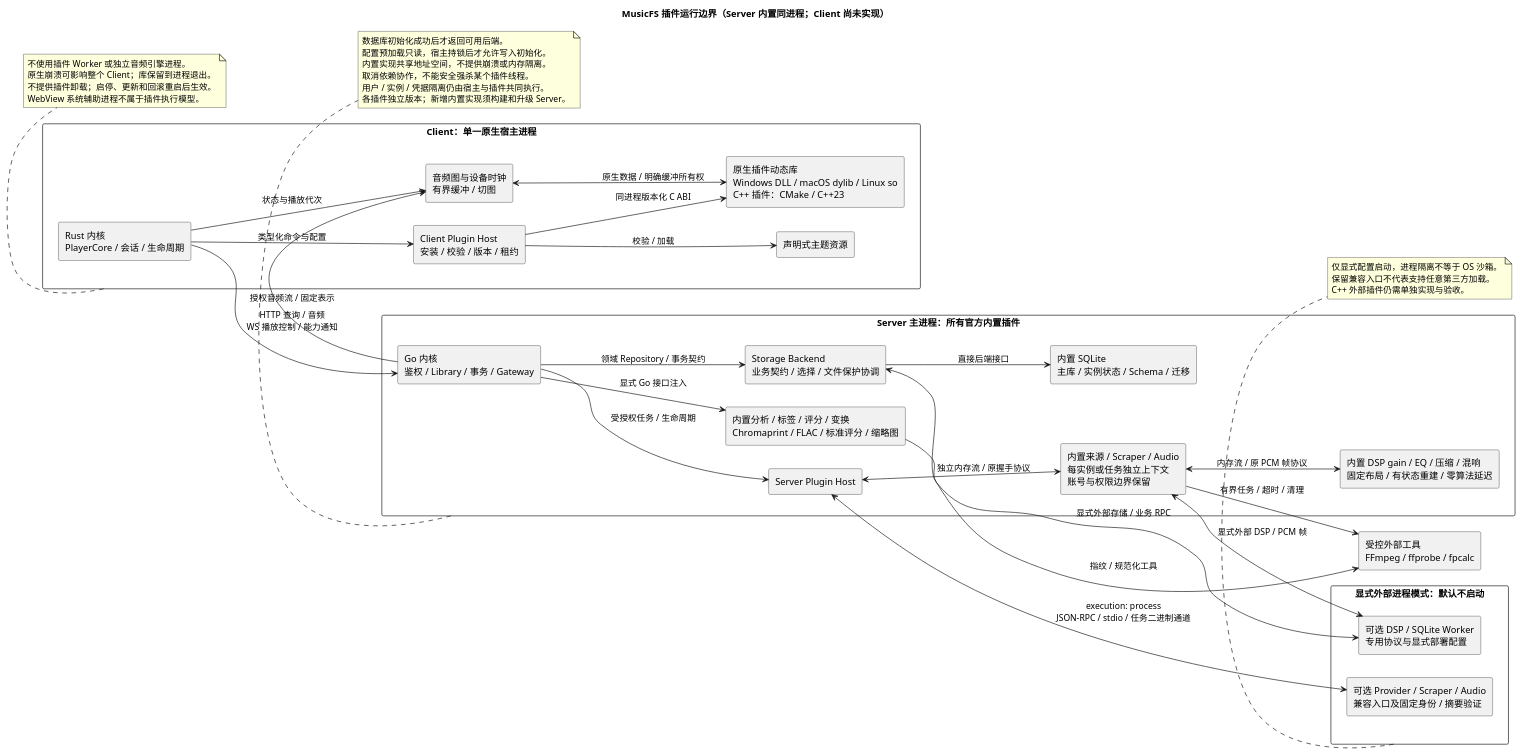
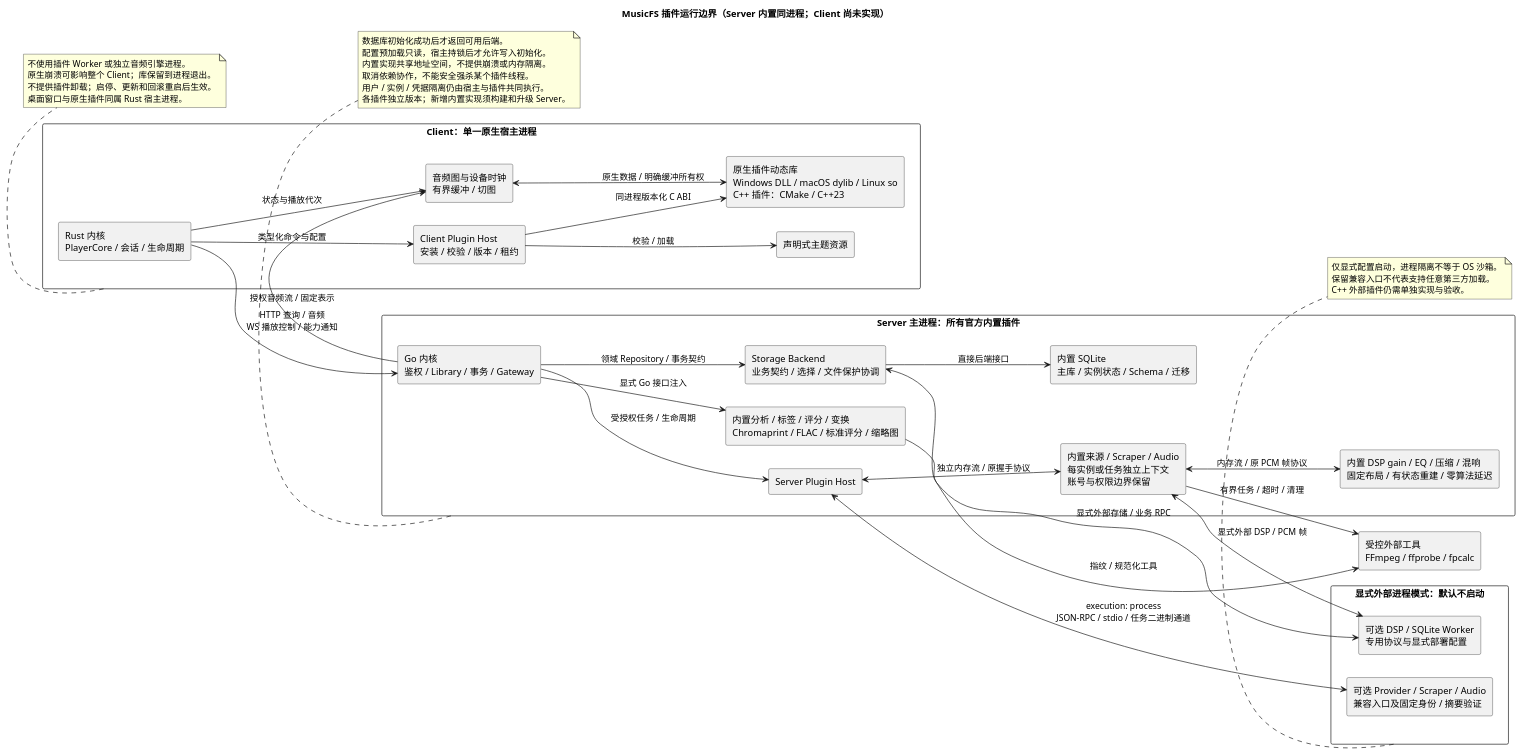
The diagram in docs/diagrams/plugin-boundaries.puml (fnMrRice/MusicFS), drawn with PlantUML before and after one commit. The commit also changed 6 other files, not shown here.

Commit message:
chore(client): pin the native Rust desktop player and update its architecture

```diff
--- a/docs/diagrams/plugin-boundaries.puml
+++ b/docs/diagrams/plugin-boundaries.puml
@@ -1,71 +1,71 @@
 @startuml
 title MusicFS 插件运行边界（Server 内置同进程；Client 尚未实现）
 left to right direction
 skinparam componentStyle rectangle
 
 rectangle "Client：单一原生宿主进程" as Client {
   component "Rust 内核\nPlayerCore / 会话 / 生命周期" as Core
   component "Client Plugin Host\n安装 / 校验 / 版本 / 租约" as CHost
   component "原生插件动态库\nWindows DLL / macOS dylib / Linux so\nC++ 插件：CMake / C++23" as Dll
   component "音频图与设备时钟\n有界缓冲 / 切图" as Audio
   component "声明式主题资源" as Theme
   Core --> CHost : 类型化命令与配置
   CHost --> Dll : 同进程版本化 C ABI
   Audio <--> Dll : 原生数据 / 明确缓冲所有权
   Core --> Audio : 状态与播放代次
   CHost --> Theme : 校验 / 加载
 }
 
 rectangle "Server 主进程：所有官方内置插件" as Server {
   component "Go 内核\n鉴权 / Library / 事务 / Gateway" as SCore
   component "Server Plugin Host" as SHost
   component "Storage Backend\n业务契约 / 选择 / 文件保护协调" as Storage
   component "内置来源 / Scraper / Audio\n每实例或任务独立上下文\n账号与权限边界保留" as Builtin
   component "内置 DSP gain / EQ / 压缩 / 混响\n固定布局 / 有状态重建 / 零算法延迟" as DSP
   component "内置 SQLite\n主库 / 实例状态 / Schema / 迁移" as DB
   component "内置分析 / 标签 / 评分 / 变换\nChromaprint / FLAC / 标准评分 / 缩略图" as Algorithms
   SCore --> SHost : 受授权任务 / 生命周期
   SCore --> Storage : 领域 Repository / 事务契约
   SHost <--> Builtin : 独立内存流 / 原握手协议
   Builtin <--> DSP : 内存流 / 原 PCM 帧协议
   Storage --> DB : 直接后端接口
   SCore --> Algorithms : 显式 Go 接口注入
 }
 
 rectangle "显式外部进程模式：默认不启动" as Workers {
   component "可选 Provider / Scraper / Audio\n兼容入口及固定身份 / 摘要验证" as Worker
   component "可选 DSP / SQLite Worker\n专用协议与显式部署配置" as ExternalInfrastructure
 }
 
 component "受控外部工具\nFFmpeg / ffprobe / fpcalc" as Tools
 
 Core --> SCore : HTTP 查询 / 音频\nWS 播放控制 / 能力通知
 SCore --> Audio : 授权音频流 / 固定表示
 SHost <--> Worker : execution: process\nJSON-RPC / stdio / 任务二进制通道
 Storage <--> ExternalInfrastructure : 显式外部存储 / 业务 RPC
 Builtin <--> ExternalInfrastructure : 显式外部 DSP / PCM 帧
 Builtin --> Tools : 有界任务 / 超时 / 清理
 Algorithms --> Tools : 指纹 / 规范化工具
 
 note bottom of Client
   不使用插件 Worker 或独立音频引擎进程。
   原生崩溃可影响整个 Client；库保留到进程退出。
   不提供插件卸载；启停、更新和回滚重启后生效。
-  WebView 系统辅助进程不属于插件执行模型。
+  桌面窗口与原生插件同属 Rust 宿主进程。
 end note
 
 note bottom of Server
   数据库初始化成功后才返回可用后端。
   配置预加载只读，宿主持锁后才允许写入初始化。
   内置实现共享地址空间，不提供崩溃或内存隔离。
   取消依赖协作，不能安全强杀某个插件线程。
   用户 / 实例 / 凭据隔离仍由宿主与插件共同执行。
   各插件独立版本；新增内置实现须构建和升级 Server。
 end note
 
 note bottom of Workers
   仅显式配置启动，进程隔离不等于 OS 沙箱。
   保留兼容入口不代表支持任意第三方加载。
   C++ 外部插件仍需单独实现与验收。
 end note
 @enduml
```
